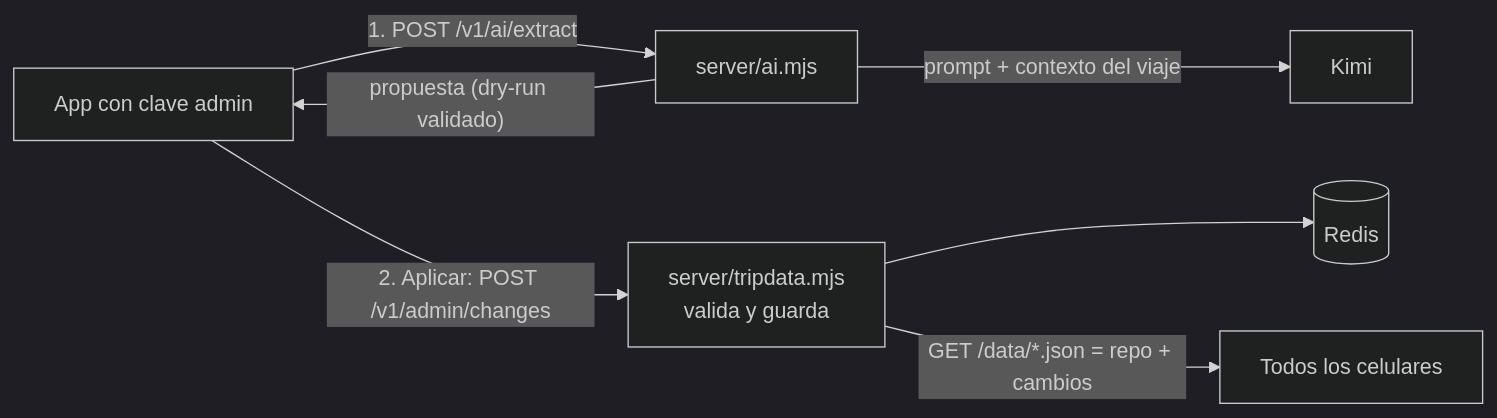
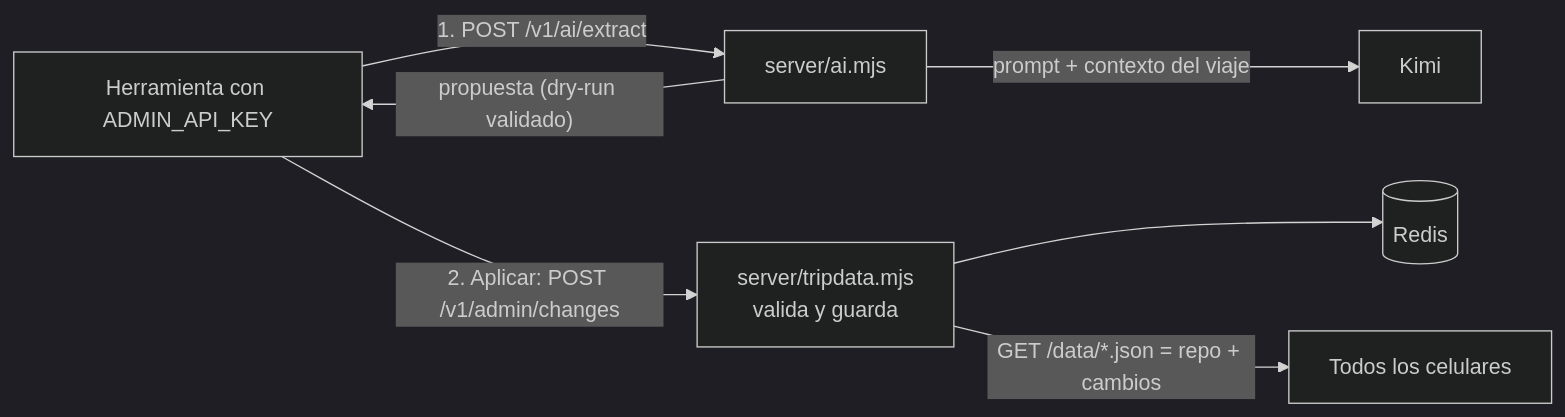
The fifth of 5 diagrams in ARCHITECTURE.md (promani/travell), drawn with Mermaid (dark theme) before and after one commit. The commit also changed other lines of this file and 6 other files, not shown here.

First line of the commit message:
ADMIN_API_KEY stays on the server: no admin key or AI in the app

````diff
--- a/ARCHITECTURE.md
+++ b/ARCHITECTURE.md
@@ -284,9 +284,9 @@
 ```mermaid
 flowchart LR
-  APP[App con clave admin] -- "1. POST /v1/ai/extract" --> AI[server/ai.mjs]
+  CLI[Herramienta con ADMIN_API_KEY] -- "1. POST /v1/ai/extract" --> AI[server/ai.mjs]
   AI -- prompt + contexto del viaje --> KIMI[Kimi]
-  AI -- "propuesta (dry-run validado)" --> APP
-  APP -- "2. Aplicar: POST /v1/admin/changes" --> ADM[server/tripdata.mjs<br/>valida y guarda]
+  AI -- "propuesta (dry-run validado)" --> CLI
+  CLI -- "2. Aplicar: POST /v1/admin/changes" --> ADM[server/tripdata.mjs<br/>valida y guarda]
   ADM --> REDIS[(Redis)]
   ADM -- "GET /data/*.json = repo + cambios" --> ALL[Todos los celulares]
 ```
````
